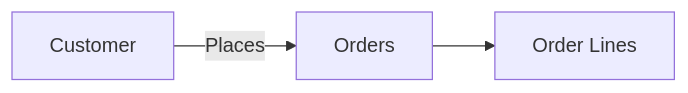
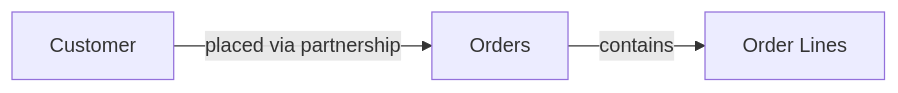
One commit to Pollinate-Core/docs changed the first of 2 diagrams in guides/customers.mdx. Above: the diagram before and after it, drawn with Mermaid. The commit also changed other lines of this file and 7 other files, not shown here.

````diff
--- a/guides/customers.mdx
+++ b/guides/customers.mdx
@@ -109,5 +197,5 @@
 ```mermaid
 graph LR
-    A[Customer] -->|Places| B[Orders]
-    B --> C[Order Lines]
+    A[Customer] -->|placed via partnership| B[Orders]
+    B -->|contains| C[Order Lines]
 ```
````
